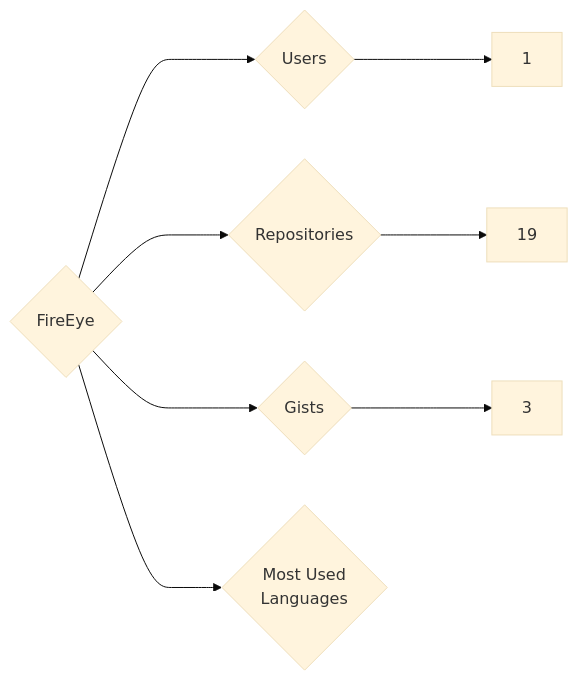
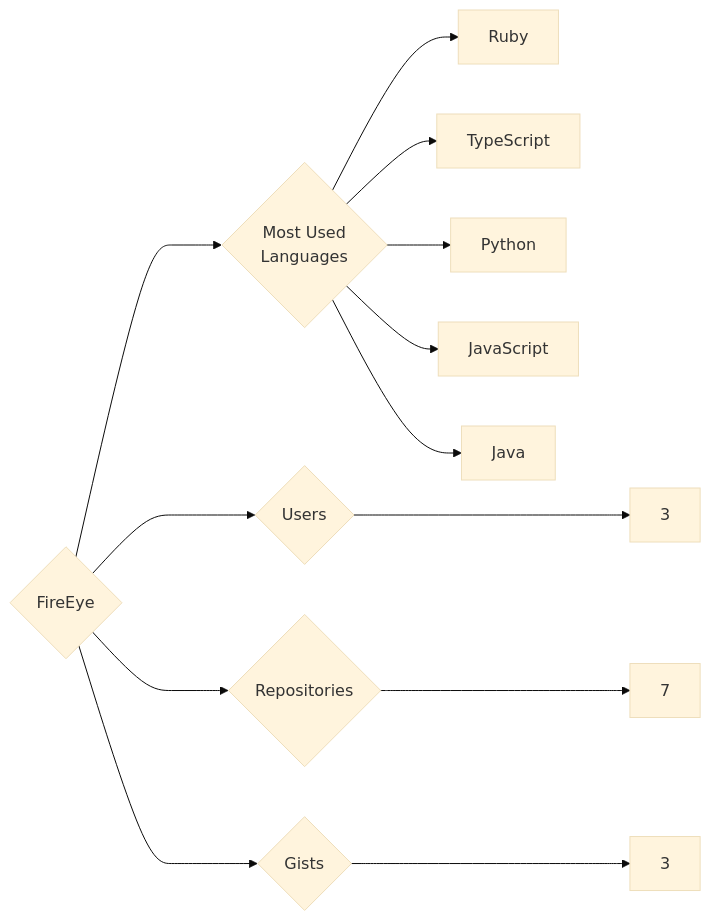
One commit to trickest/insiders changed the diagram in targets/FireEye/README.md. Above: the diagram before and after it, drawn with Mermaid (base theme). The commit also changed 724 other files, not shown here.

````diff
--- a/targets/FireEye/README.md
+++ b/targets/FireEye/README.md
@@ -3,8 +3,13 @@
 ```mermaid
 graph LR
 COMPANY_NAME{FireEye}
-COMPANY_NAME ---> U{Users} ---> UN[1]
-COMPANY_NAME ---> R{Repositories} ---> RN[19]
+COMPANY_NAME ---> U{Users} ---> UN[3]
+COMPANY_NAME ---> R{Repositories} ---> RN[7]
 COMPANY_NAME ---> G{Gists} ---> GN[3]
 COMPANY_NAME ---> ML{Most Used<br>Languages}
+ML --> Ruby[Ruby]
+ML --> TypeScript[TypeScript]
+ML --> Python[Python]
+ML --> JavaScript[JavaScript]
+ML --> Java[Java]
 ```
````
